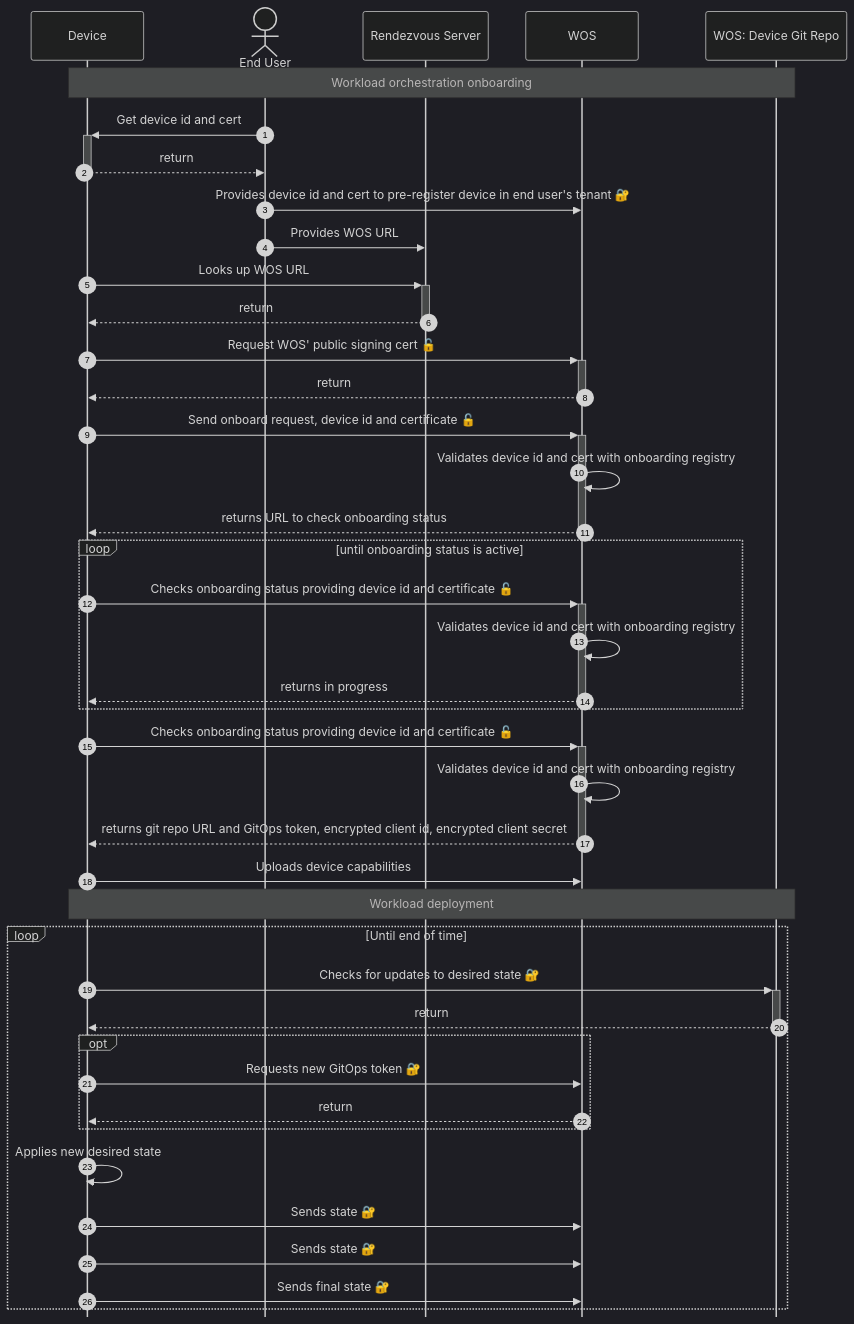
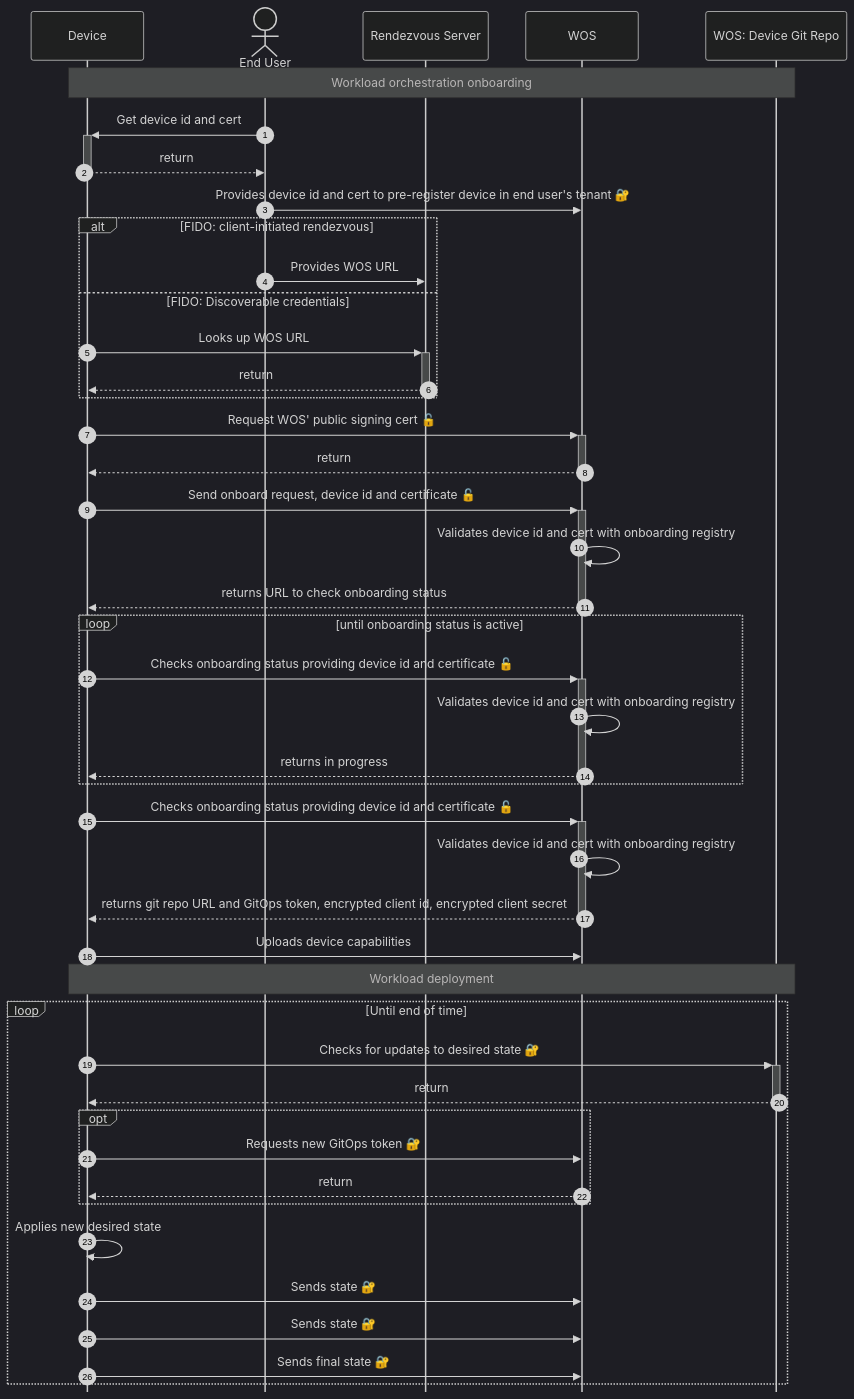
One commit to Silvanoc/margo-specification changed the diagram in system-design/orchestration/workload/workload-orchestration-edge-onboarding.md. Above: the diagram before and after it, drawn with Mermaid (dark theme).

Commit message:
feat(onboarding): show fido proposal
Add to onboarding sequence diagram a box showing the proposal for using
a FIDO onboarding workflow.

````diff
--- a/system-design/orchestration/workload/workload-orchestration-edge-onboarding.md
+++ b/system-design/orchestration/workload/workload-orchestration-edge-onboarding.md
@@ -16,48 +16,50 @@
 ``` mermaid
 sequenceDiagram
     %%{init: {'sequence': {'mirrorActors': false}}}%%
     autonumber
     participant device as Device
     actor user as End User
     participant rendezvous as Rendezvous Server
     participant wos as WOS
     participant git as WOS: Device Git Repo   
     note over device, git: Workload orchestration onboarding
     user ->>+ device: Get device id and cert
     device -->>- user: return
     user ->> wos: Provides device id and cert to pre-register device in end user's tenant 🔐
      
-    %%note over device, rendezvous: FIDO
-    user ->> rendezvous: Provides WOS URL
-    device ->>+ rendezvous: Looks up WOS URL
-    rendezvous -->>- device: return
+    alt FIDO: client-initiated rendezvous
+        user ->> rendezvous: Provides WOS URL
+    else FIDO: Discoverable credentials
+        device ->>+ rendezvous: Looks up WOS URL
+        rendezvous -->>- device: return
+    end
     device ->>+ wos: Request WOS' public signing cert 🔓
     wos -->>- device: return
     device ->>+ wos: Send onboard request, device id and certificate 🔓
     wos ->> wos: Validates device id and cert with onboarding registry
     wos -->>- device: returns URL to check onboarding status
     
     loop until onboarding status is active   
         device ->>+ wos: Checks onboarding status providing device id and certificate 🔓
         wos ->> wos: Validates device id and cert with onboarding registry
         wos -->>- device: returns in progress
     end
     device ->>+ wos: Checks onboarding status providing device id and certificate 🔓
     wos ->> wos: Validates device id and cert with onboarding registry
     wos -->>- device: returns git repo URL and GitOps token, encrypted client id, encrypted client secret
     
     device ->> wos: Uploads device capabilities
     note over device, git: Workload deployment
     loop Until end of time
         device ->>+ git: Checks for updates to desired state 🔐
         git -->>- device: return
         opt
             device ->> wos: Requests new GitOps token 🔐
             wos -->> device: return
         end
         device ->> device: Applies new desired state
         device ->> wos: Sends state 🔐
         device ->> wos: Sends state 🔐
         device ->> wos: Sends final state 🔐
     end    
 ```
````
